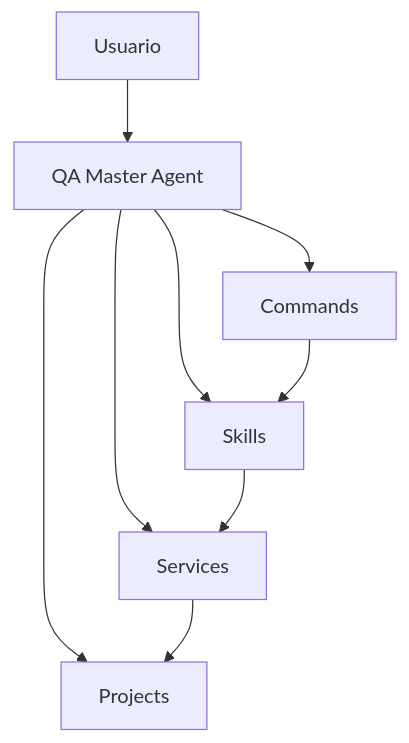
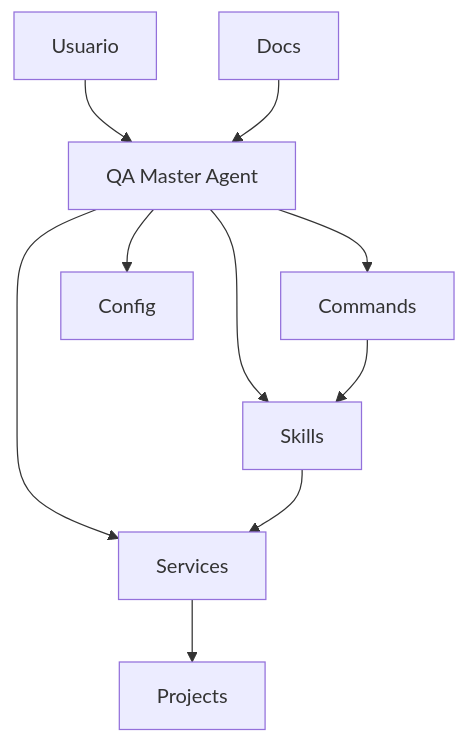
Before and after one commit to kattyut/Nexus-CRM: the first of 2 diagrams in AGENT-QA/docs/architecture.md, drawn with Mermaid. The commit also changed other lines of this file and 390 other files, not shown here.

````diff
--- a/AGENT-QA/docs/architecture.md
+++ b/AGENT-QA/docs/architecture.md
@@ -26,25 +37,21 @@
 ```mermaid
 flowchart TD
-
     USER[Usuario]
-
     MASTER[QA Master Agent]
-
     COMMANDS[Commands]
     SKILLS[Skills]
     SERVICES[Services]
+    CONFIG[Config]
     PROJECTS[Projects]
+    DOCS[Docs]
 
     USER --> MASTER
-
     MASTER --> COMMANDS
     MASTER --> SKILLS
     MASTER --> SERVICES
-    MASTER --> PROJECTS
-
+    MASTER --> CONFIG
     COMMANDS --> SKILLS
-
     SKILLS --> SERVICES
-
     SERVICES --> PROJECTS
+    DOCS --> MASTER
 ```
````
